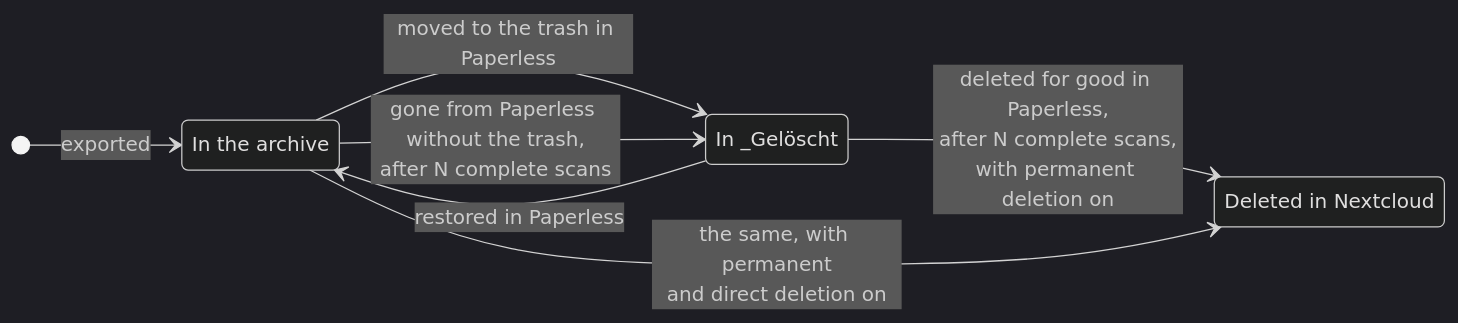
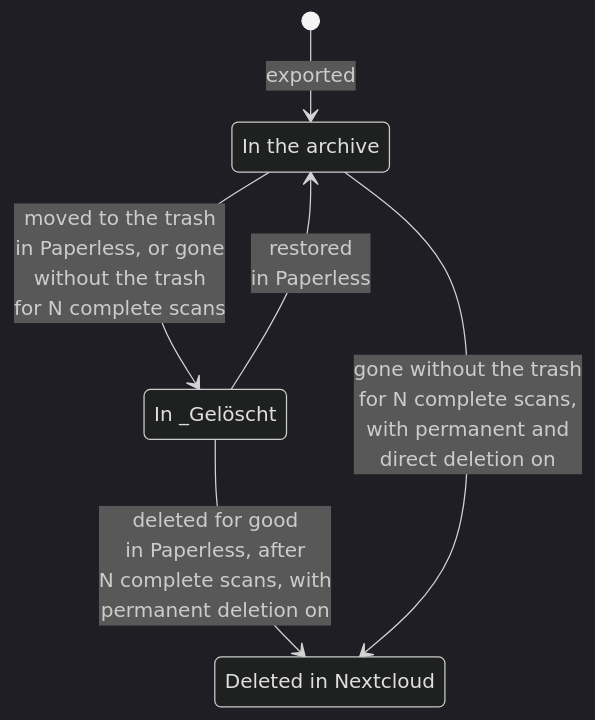
One commit to Dennis-Otto/paperless-sync changed the fifth of 7 diagrams in README.md. Above: the diagram before and after it, drawn with Mermaid (dark theme). The commit also changed other lines of this file and 4 other files, not shown here.

First line of the commit message:
docs: readable and accessible diagrams on the website (#100)

````diff
--- a/README.md
+++ b/README.md
@@ -228,13 +286,14 @@
 ```mermaid
 stateDiagram-v2
-    direction LR
+    direction TB
+    accTitle: What happens to the copy of a document
+    accDescr: An exported document is in the archive. Moved to the trash in Paperless, or gone from Paperless without the trash for N complete scans, its copy moves to _Gelöscht; restored in Paperless, it moves back to the archive. Deleted for good in Paperless, the copy in _Gelöscht is deleted in Nextcloud after N complete scans, when permanent deletion is on. A copy in the archive whose document is gone from Paperless without the trash for N complete scans is deleted directly when permanent and direct deletion are on.
     state "In the archive" as archive
     state "In _Gelöscht" as deleted
     state "Deleted in Nextcloud" as gone
     [*] --> archive: exported
-    archive --> deleted: moved to the trash in Paperless
-    deleted --> archive: restored in Paperless
-    deleted --> gone: deleted for good in Paperless,<br>after N complete scans,<br>with permanent deletion on
-    archive --> deleted: gone from Paperless without the trash,<br>after N complete scans
-    archive --> gone: the same, with permanent<br>and direct deletion on
+    archive --> deleted: moved to the trash<br>in Paperless, or gone<br>without the trash<br>for N complete scans
+    deleted --> archive: restored<br>in Paperless
+    deleted --> gone: deleted for good<br>in Paperless, after<br>N complete scans, with<br>permanent deletion on
+    archive --> gone: gone without the trash<br>for N complete scans,<br>with permanent and<br>direct deletion on
 ```
````
